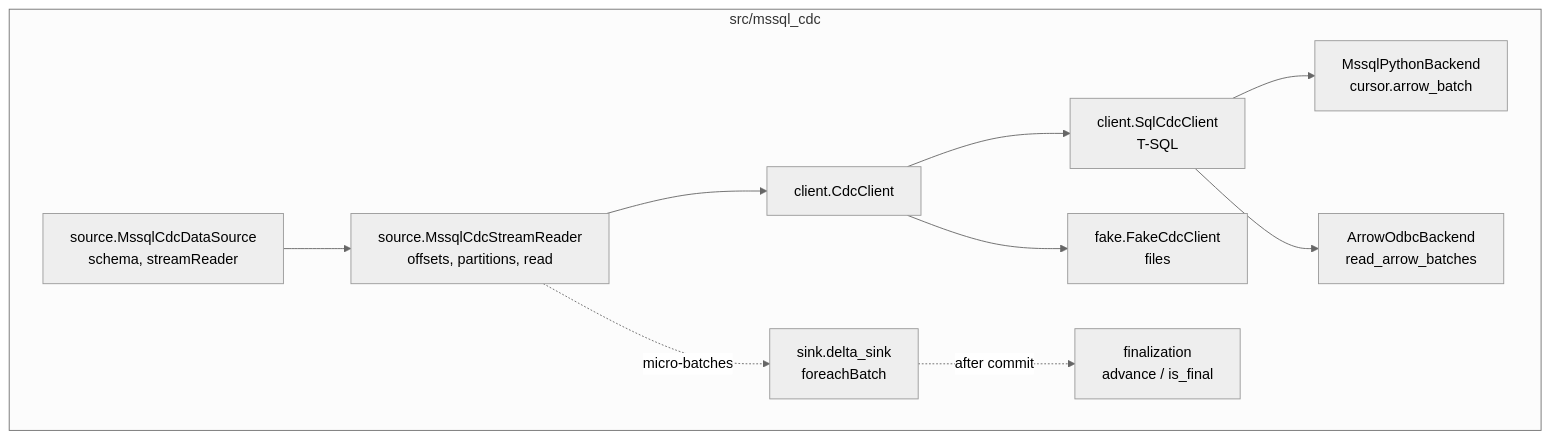
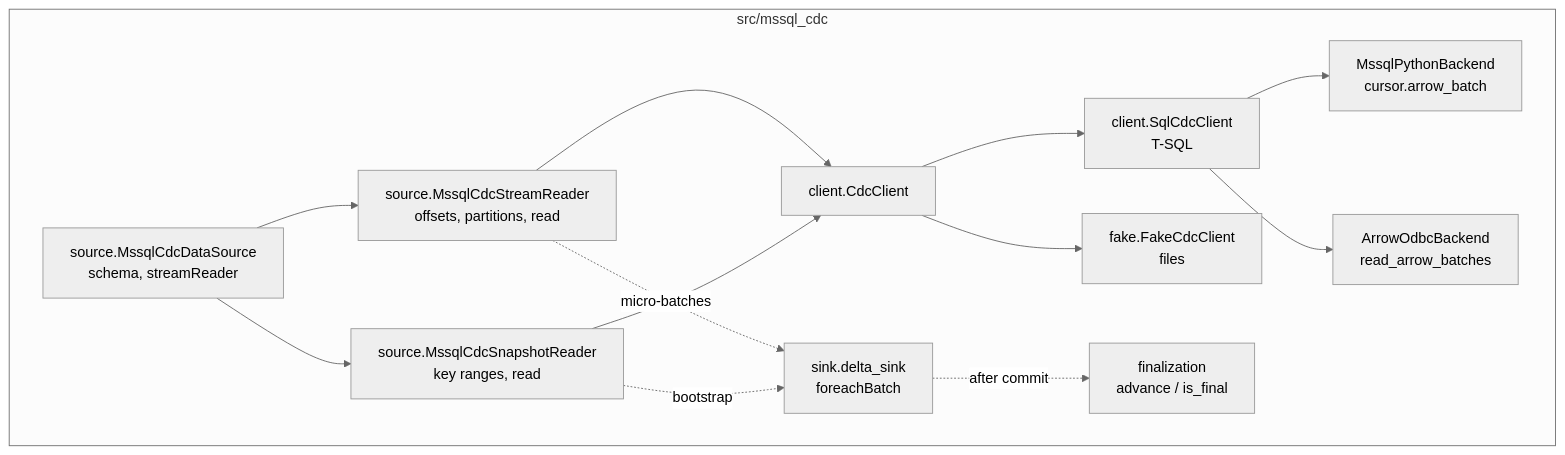
Before and after one commit to emanuel-luis/mssql-cdc-pyspark: the first of 2 diagrams in docs/ARCHITECTURE.md, drawn with Mermaid (neutral theme). The commit also changed other lines of this file and 16 other files, not shown here.

First line of the commit message:
feat: bootstrap a target with a snapshot at a recorded LSN

````diff
--- a/docs/ARCHITECTURE.md
+++ b/docs/ARCHITECTURE.md
@@ -5,19 +5,22 @@
 ```mermaid
 flowchart TB
   subgraph src/mssql_cdc
     DS[source.MssqlCdcDataSource<br/>schema, streamReader]
     RD[source.MssqlCdcStreamReader<br/>offsets, partitions, read]
+    SN[source.MssqlCdcSnapshotReader<br/>key ranges, read]
     CL[client.CdcClient]
     SQL[client.SqlCdcClient<br/>T-SQL]
     BE1[MssqlPythonBackend<br/>cursor.arrow_batch]
     BE2[ArrowOdbcBackend<br/>read_arrow_batches]
     FK[fake.FakeCdcClient<br/>files]
     SK[sink.delta_sink<br/>foreachBatch]
     FN[finalization<br/>advance / is_final]
   end
   DS --> RD --> CL
+  DS --> SN --> CL
   CL --> SQL --> BE1 & BE2
   CL --> FK
   RD -. micro-batches .-> SK
+  SN -. bootstrap .-> SK
   SK -. after commit .-> FN
 ```
````
